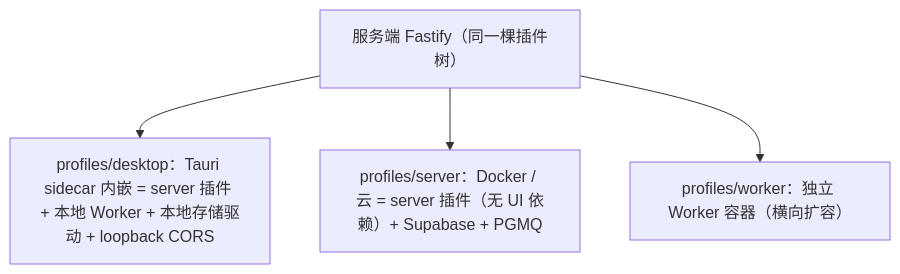
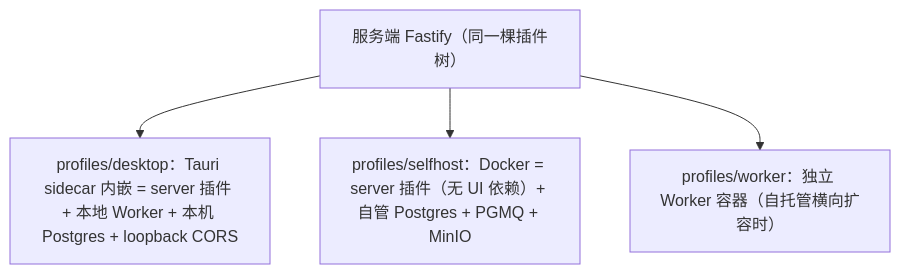
The first of 2 diagrams in docs/tech/多端产品设计.md (IsKenKenYa/KenFutWork), drawn with Mermaid before and after one commit. The commit also changed other lines of this file and 2 other files, not shown here.

First line of the commit message:
docs: 改造计划补技术栈/dsh兼容/依赖安全，存储转向自管 Postgres 去 Supabase 云

````diff
--- a/docs/tech/多端产品设计.md
+++ b/docs/tech/多端产品设计.md
@@ -64,7 +69,7 @@
 ```mermaid
 graph TB
     SRV["服务端 Fastify（同一棵插件树）"]
-    SRV --> DESK["profiles/desktop：Tauri sidecar 内嵌 = server 插件 + 本地 Worker + 本地存储驱动 + loopback CORS"]
-    SRV --> SELF["profiles/server：Docker / 云 = server 插件（无 UI 依赖）+ Supabase + PGMQ"]
-    SRV --> WK["profiles/worker：独立 Worker 容器（横向扩容）"]
+    SRV --> DESK["profiles/desktop：Tauri sidecar 内嵌 = server 插件 + 本地 Worker + 本机 Postgres + loopback CORS"]
+    SRV --> SELF["profiles/selfhost：Docker = server 插件（无 UI 依赖）+ 自管 Postgres + PGMQ + MinIO"]
+    SRV --> WK["profiles/worker：独立 Worker 容器（自托管横向扩容时）"]
 ```
````
